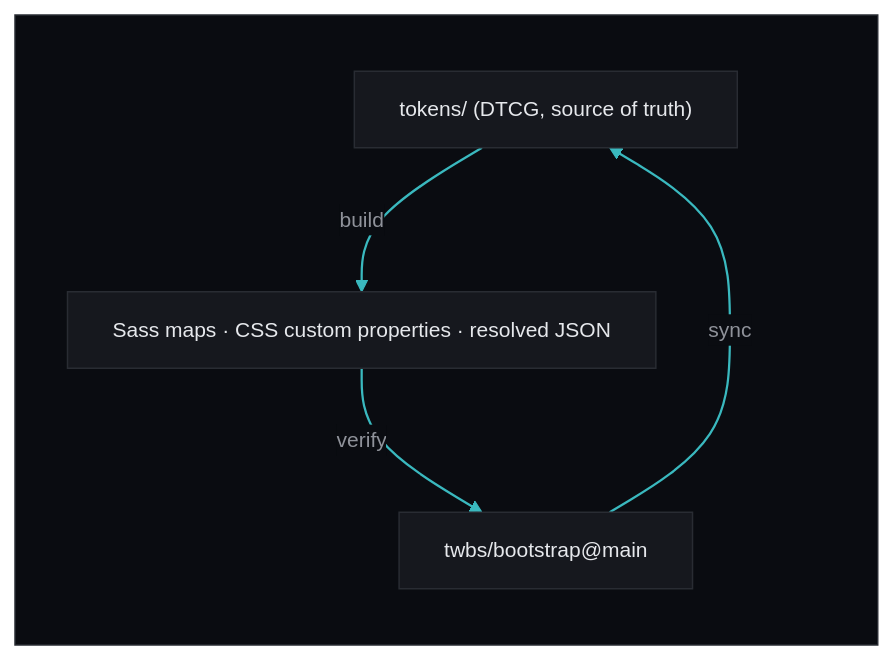
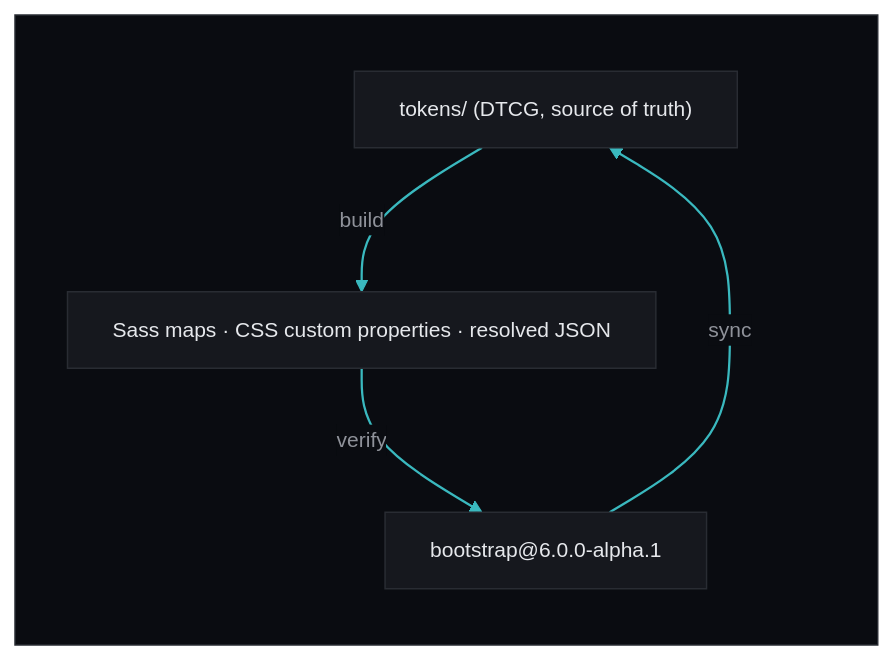
The diagram in README.md (julien-deramond/bootstrap-tokens), drawn with Mermaid before and after one commit. The commit also changed other lines of this file and 28 other files, not shown here.

Commit message:
feat: build from the released bootstrap@6.0.0-alpha.1 instead of main (#99)

````diff
--- a/README.md
+++ b/README.md
@@ -59,19 +60,19 @@
 ```mermaid
 %%{init: {"fontFamily": "ui-monospace, SFMono-Regular, Menlo, Consolas, monospace", "flowchart": {"wrappingWidth": 480}, "theme": "base", "themeVariables": {"darkMode": true, "dropShadow": "none", "background": "#0A0C11", "fontFamily": "ui-monospace, SFMono-Regular, Menlo, Consolas, monospace", "fontSize": "14px", "primaryColor": "#16181E", "primaryTextColor": "#E6E8EC", "primaryBorderColor": "#292C33", "secondaryColor": "#16181E", "tertiaryColor": "#0A0C11", "lineColor": "#3AB9BF", "textColor": "#E6E8EC", "clusterBkg": "#0A0C11", "clusterBorder": "#292C33", "titleColor": "#8F929A", "edgeLabelBackground": "#0A0C11"}}}%%
 flowchart TB
   accTitle: The build, verify and sync loop
-  accDescr: tokens is the DTCG source of truth. Build turns it into Sass maps, CSS custom properties and resolved JSON. Verify checks those outputs against twbs/bootstrap@main. Sync brings twbs/bootstrap@main back into tokens.
+  accDescr: tokens is the DTCG source of truth. Build turns it into Sass maps, CSS custom properties and resolved JSON. Verify checks those outputs against the pinned bootstrap@6.0.0-alpha.1. Sync reads the pinned bootstrap@6.0.0-alpha.1 back into tokens.
 
   subgraph field[" "]
     direction TB
     tokens["tokens/ (DTCG, source of truth)"]
     outputs["Sass maps · CSS custom properties · resolved JSON"]
-    bootstrap["twbs/bootstrap@main"]
+    bootstrap["bootstrap@6.0.0-alpha.1"]
     tokens -- build --> outputs
     outputs -- verify --> bootstrap
     bootstrap -- sync --> tokens
   end
 
   linkStyle default stroke-width:1.5px,color:#8F929A
   style field fill:#0A0C11,stroke:#292C33
 ```
````
